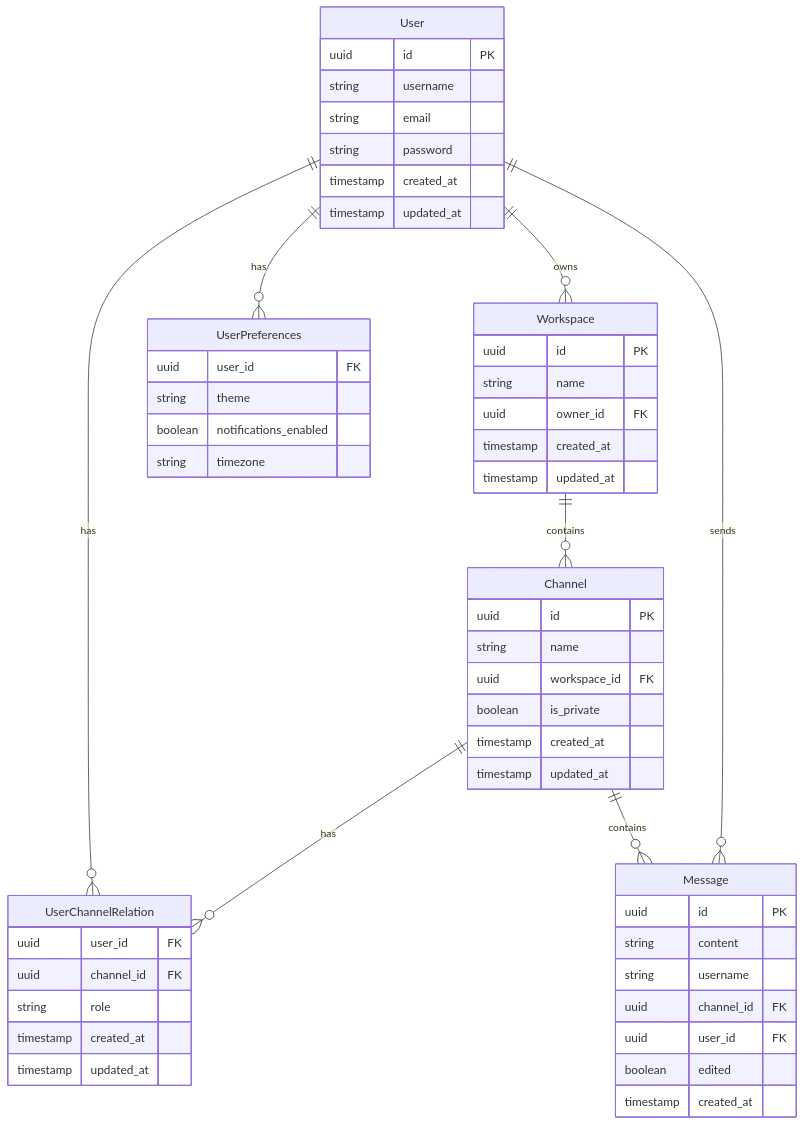
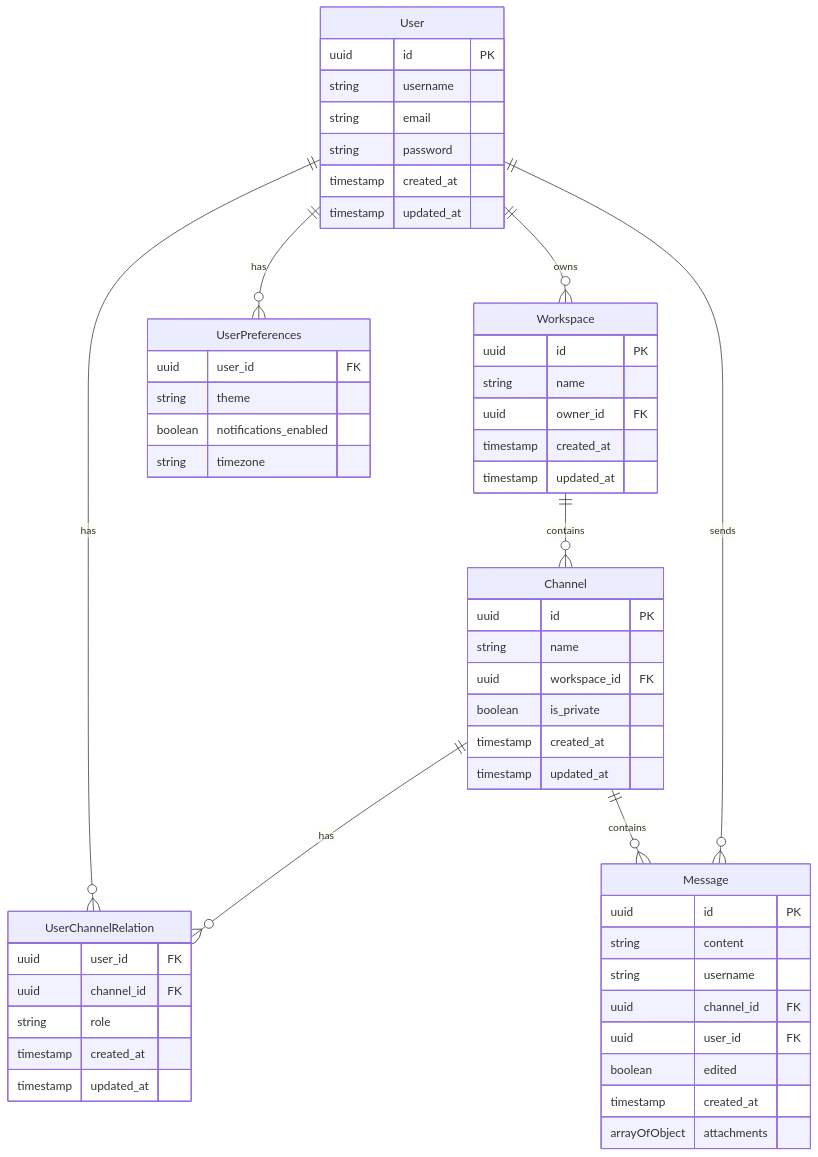
Before and after one commit to MITTALBHAVYA/slack-GDSC-Mycut: the diagram in backend/README.md, drawn with Mermaid. The commit also changed other lines of this file, not shown here.

````diff
--- a/backend/README.md
+++ b/backend/README.md
@@ -179,61 +183,62 @@
 ```mermaid
 erDiagram
     User ||--o{ Workspace : owns
     User ||--o{ UserChannelRelation : has
     Workspace ||--o{ Channel : contains
     Channel ||--o{ UserChannelRelation : has
     Channel ||--o{ Message : contains
     User ||--o{ Message : sends
     User ||--o{ UserPreferences : has
     
     User {
         uuid id PK
         string username
         string email
         string password
         timestamp created_at
         timestamp updated_at
     }
 
     Workspace {
         uuid id PK
         string name
         uuid owner_id FK
         timestamp created_at
         timestamp updated_at
     }
 
     Channel {
         uuid id PK
         string name
         uuid workspace_id FK
         boolean is_private
         timestamp created_at
         timestamp updated_at
     }
 
     UserChannelRelation {
         uuid user_id FK
         uuid channel_id FK
         string role
         timestamp created_at
         timestamp updated_at
     }
 
     Message {
         uuid id PK
         string content
         string username
         uuid channel_id FK
         uuid user_id FK
         boolean edited
         timestamp created_at
+        arrayOfObject attachments
     }
 
     UserPreferences {
         uuid user_id FK
         string theme
         boolean notifications_enabled
         string timezone
     }
 ```
````
